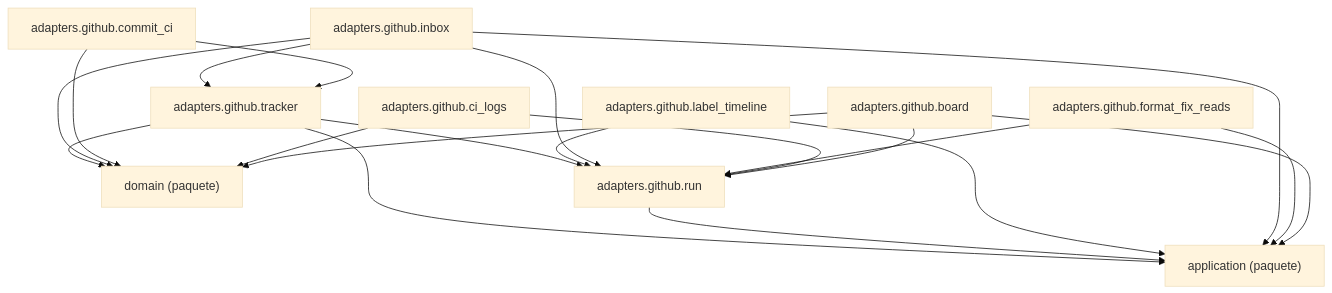
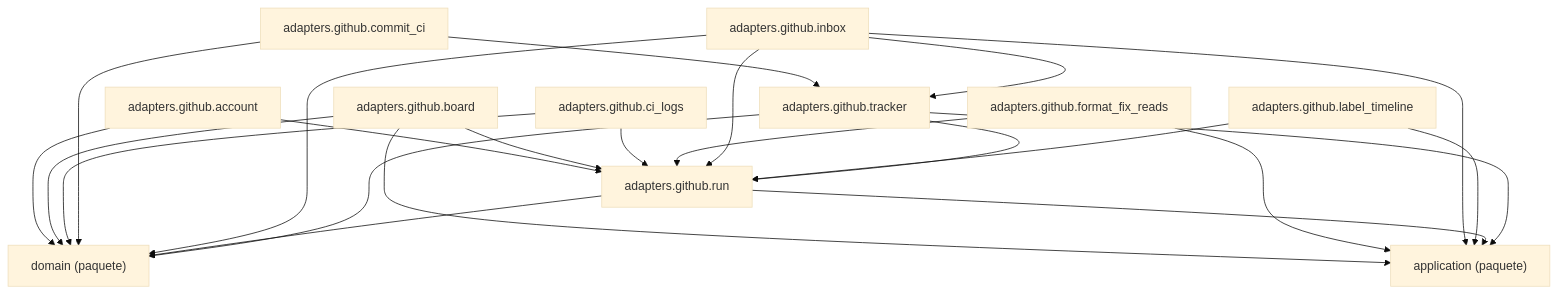
The diagram in docs/architecture/generated/packages-process-adapters-github.md (GonzaloZevallos/agentic-system), drawn with Mermaid (base theme) before and after one commit. The commit also changed other lines of this file and 31 other files, not shown here.

Commit message:
Regenerate the architecture docs after merging GH-1098 into GH-1096

````diff
--- a/docs/architecture/generated/packages-process-adapters-github.md
+++ b/docs/architecture/generated/packages-process-adapters-github.md
@@ -14,32 +15,36 @@
 ```mermaid
 graph TD
     g_pkg__application["application (paquete)"]
     g_pkg__domain["domain (paquete)"]
+    m_adapters__github__account["adapters.github.account"]
     m_adapters__github__board["adapters.github.board"]
     m_adapters__github__ci_logs["adapters.github.ci_logs"]
     m_adapters__github__commit_ci["adapters.github.commit_ci"]
     m_adapters__github__format_fix_reads["adapters.github.format_fix_reads"]
     m_adapters__github__inbox["adapters.github.inbox"]
     m_adapters__github__label_timeline["adapters.github.label_timeline"]
     m_adapters__github__run["adapters.github.run"]
     m_adapters__github__tracker["adapters.github.tracker"]
+    m_adapters__github__account --> g_pkg__domain
+    m_adapters__github__account --> m_adapters__github__run
     m_adapters__github__board --> g_pkg__application
     m_adapters__github__board --> g_pkg__domain
     m_adapters__github__board --> m_adapters__github__run
     m_adapters__github__ci_logs --> g_pkg__domain
     m_adapters__github__ci_logs --> m_adapters__github__run
     m_adapters__github__commit_ci --> g_pkg__domain
     m_adapters__github__commit_ci --> m_adapters__github__tracker
     m_adapters__github__format_fix_reads --> g_pkg__application
     m_adapters__github__format_fix_reads --> m_adapters__github__run
     m_adapters__github__inbox --> g_pkg__application
     m_adapters__github__inbox --> g_pkg__domain
     m_adapters__github__inbox --> m_adapters__github__run
     m_adapters__github__inbox --> m_adapters__github__tracker
     m_adapters__github__label_timeline --> g_pkg__application
     m_adapters__github__label_timeline --> m_adapters__github__run
     m_adapters__github__run --> g_pkg__application
+    m_adapters__github__run --> g_pkg__domain
     m_adapters__github__tracker --> g_pkg__application
     m_adapters__github__tracker --> g_pkg__domain
     m_adapters__github__tracker --> m_adapters__github__run
 ```
````
